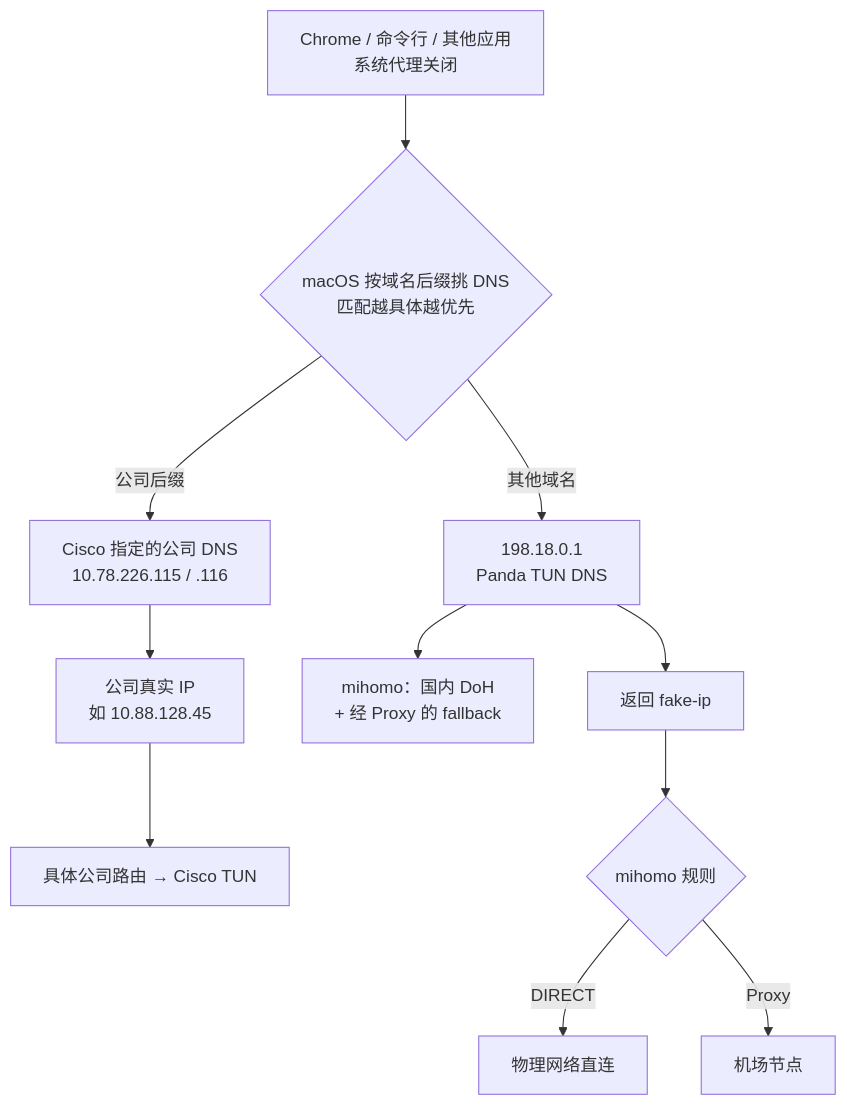
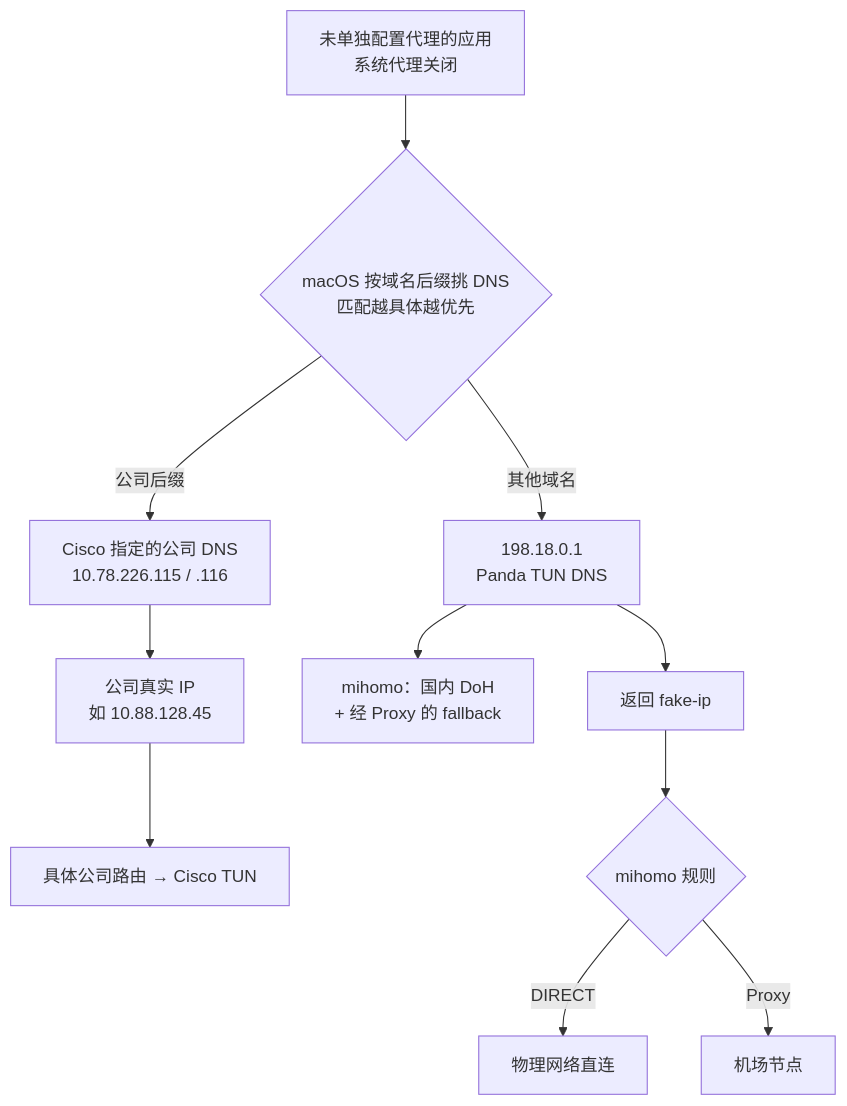
One commit to puppylpg/puppylpg.github.io changed diagram 13 of 17 in _posts/2026-08-09-tun-proxy-dns-chain.md. Above: the diagram before and after it, drawn with Mermaid. The commit also changed other lines of this file and 1 other file, not shown here.

````diff
--- a/_posts/2026-08-09-tun-proxy-dns-chain.md
+++ b/_posts/2026-08-09-tun-proxy-dns-chain.md
@@ -445,14 +540,14 @@
 ```mermaid
 flowchart TD
-    APP["Chrome / 命令行 / 其他应用<br>系统代理关闭"] --> SDNS{"macOS 按域名后缀挑 DNS<br>匹配越具体越优先"}
+    APP["未单独配置代理的应用<br>系统代理关闭"] --> SDNS{"macOS 按域名后缀挑 DNS<br>匹配越具体越优先"}
     SDNS -->|"公司后缀"| CDNS["Cisco 指定的公司 DNS<br>10.78.226.115 / .116"]
     CDNS --> CIP["公司真实 IP<br>如 10.88.128.45"]
     CIP --> CRT["具体公司路由 → Cisco TUN"]
 
     SDNS -->|"其他域名"| PDNS["198.18.0.1<br>Panda TUN DNS"]
     PDNS --> DOH["mihomo：国内 DoH<br>+ 经 Proxy 的 fallback"]
     PDNS --> FIP["返回 fake-ip"]
     FIP --> RULE{"mihomo 规则"}
     RULE -->|"DIRECT"| DIRECT["物理网络直连"]
     RULE -->|"Proxy"| NODE["机场节点"]
 ```
````
